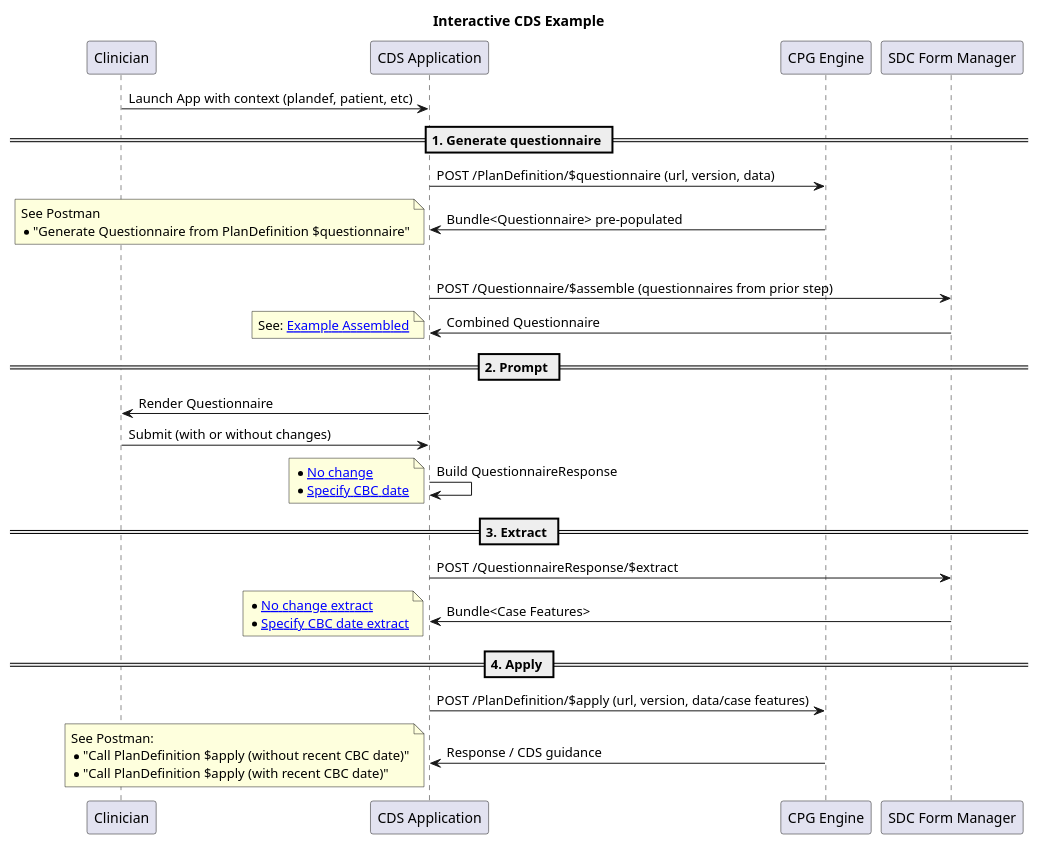
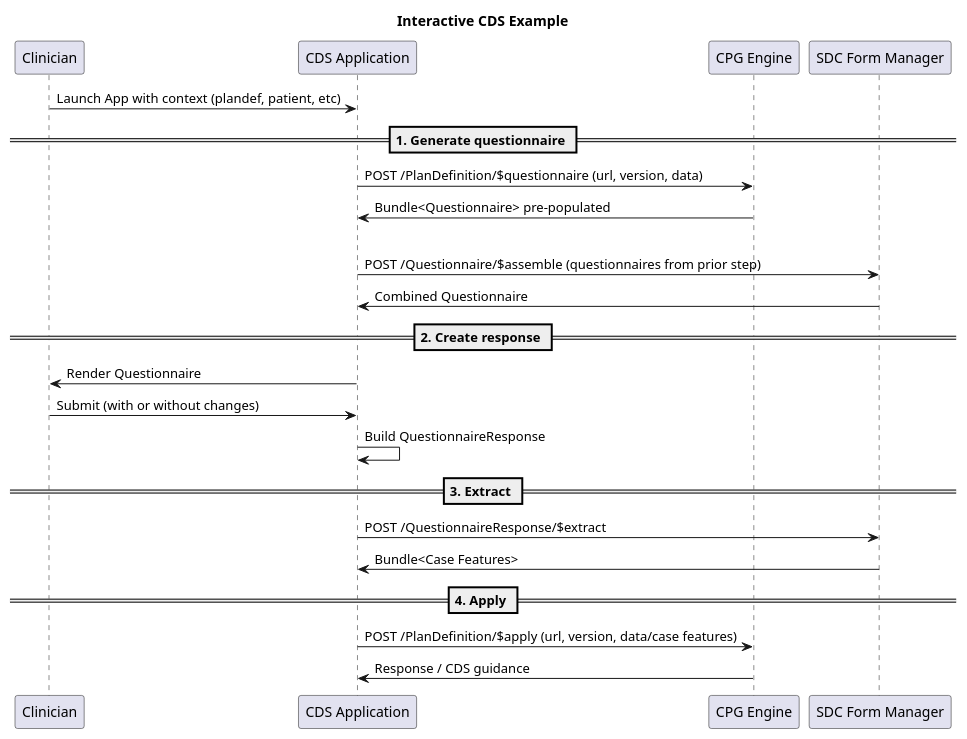
One commit to reason-healthcare/interactive-cds-content changed the diagram in input/fsh/test-cases/pd-questionnaire-extract-apply-examples/sequence.puml. Above: the diagram before and after it, drawn with PlantUML. The commit also changed 12 other files, not shown here.

```diff
--- a/input/fsh/test-cases/pd-questionnaire-extract-apply-examples/sequence.puml
+++ b/input/fsh/test-cases/pd-questionnaire-extract-apply-examples/sequence.puml
@@ -1,62 +1,62 @@
 @startuml
 
 title Interactive CDS Example
 
 participant Clinician
 participant CDS as "CDS Application"
 participant CPG as "CPG Engine"
 participant SDCManager as "SDC Form Manager"
 
 
 Clinician -> CDS: Launch App with context (plandef, patient, etc)
 == 1. Generate questionnaire ==
 
 CDS -> CPG: POST /PlanDefinition/$questionnaire (url, version, data)
 CPG -> CDS: Bundle<Questionnaire> pre-populated
-note left
-  See Postman 
-  * "Generate Questionnaire from PlanDefinition $questionnaire"
-end note
+' note left
+'   See Postman
+'   * "Generate Questionnaire from PlanDefinition $questionnaire"
+' end note
 
 |||
 
 CDS -> SDCManager: POST /Questionnaire/$assemble (questionnaires from prior step)
 SDCManager -> CDS: Combined Questionnaire
 
-note left
-  See: [[file:///Users/bkaney/projects/doudecim/CPGTraining/output/Questionnaire-QuestionnaireAssembled1.html Example Assembled]]
-end note
+' note left
+'   See: [[file:///Users/bkaney/projects/doudecim/CPGTraining/output/Questionnaire-QuestionnaireAssembled1.html Example Assembled]]
+' end note
 
-== 2. Prompt ==
+== 2. Create response ==
 
 CDS -> Clinician: Render Questionnaire
-Clinician -> CDS: Submit (with or without changes) 
+Clinician -> CDS: Submit (with or without changes)
 CDS -> CDS: Build QuestionnaireResponse
 
-note left
-  * [[file:///Users/bkaney/projects/doudecim/CPGTraining/output/QuestionnaireResponse-QuestionnaireResponse1.html No change]]
-  * [[file:///Users/bkaney/projects/doudecim/CPGTraining/output/QuestionnaireResponse-QuestionnaireResponse2.html Specify CBC date]]
-end note
+' note left
+'   * [[file:///Users/bkaney/projects/doudecim/CPGTraining/output/QuestionnaireResponse-QuestionnaireResponse1.html No change]]
+'   * [[file:///Users/bkaney/projects/doudecim/CPGTraining/output/QuestionnaireResponse-QuestionnaireResponse2.html Specify CBC date]]
+' end note
 
 == 3. Extract ==
 
 CDS -> SDCManager: POST /QuestionnaireResponse/$extract
 SDCManager -> CDS: Bundle<Case Features>
 
-note left
-  * [[file:///Users/bkaney/projects/doudecim/CPGTraining/output/Bundle-ExtractOutput1.html No change extract]]
-  * [[file:///Users/bkaney/projects/doudecim/CPGTraining/output/Bundle-ExtractOutput2.html Specify CBC date extract]]
-end note
+' note left
+'   * [[file:///Users/bkaney/projects/doudecim/CPGTraining/output/Bundle-ExtractOutput1.html No change extract]]
+'   * [[file:///Users/bkaney/projects/doudecim/CPGTraining/output/Bundle-ExtractOutput2.html Specify CBC date extract]]
+' end note
 
 == 4. Apply ==
 
 CDS -> CPG: POST /PlanDefinition/$apply (url, version, data/case features)
 CPG -> CDS: Response / CDS guidance
 
-note left
-  See Postman: 
-  * "Call PlanDefinition $apply (without recent CBC date)"
-  * "Call PlanDefinition $apply (with recent CBC date)"
-end note
+' note left
+'   See Postman:
+'   * "Call PlanDefinition $apply (without recent CBC date)"
+'   * "Call PlanDefinition $apply (with recent CBC date)"
+' end note
 
 @enduml
```
